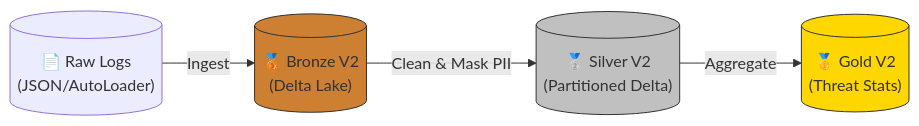
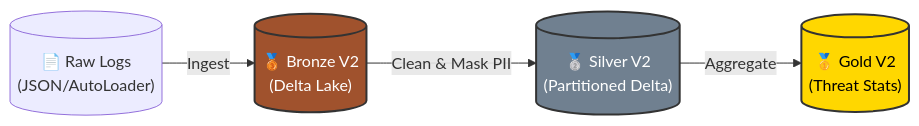
Before and after one commit to JakubMilczarczyk/Cyber-Trace: the diagram in README.md, drawn with Mermaid. The commit also changed other lines of this file, not shown here.

Commit message:
docs: fix CI/CD badge link and refine architecture diagram colors

````diff
--- a/README.md
+++ b/README.md
@@ -40,10 +40,11 @@
 ```mermaid
 graph LR
     Raw[("📄 Raw Logs<br>(JSON/AutoLoader)")] -->|Ingest| Bronze[("🥉 Bronze V2<br>(Delta Lake)")]
     Bronze -->|Clean & Mask PII| Silver[("🥈 Silver V2<br>(Partitioned Delta)")]
     Silver -->|Aggregate| Gold[("🥇 Gold V2<br>(Threat Stats)")]
     
-    style Bronze fill:#cd7f32,stroke:#333
-    style Silver fill:#c0c0c0,stroke:#333
-    style Gold fill:#ffd700,stroke:#333
+    %% Styles for better visibility on light/dark mode
+    style Bronze fill:#A0522D,stroke:#333,stroke-width:2px,color:#fff
+    style Silver fill:#708090,stroke:#333,stroke-width:2px,color:#fff
+    style Gold fill:#FFD700,stroke:#333,stroke-width:2px,color:#000
 ```
````
